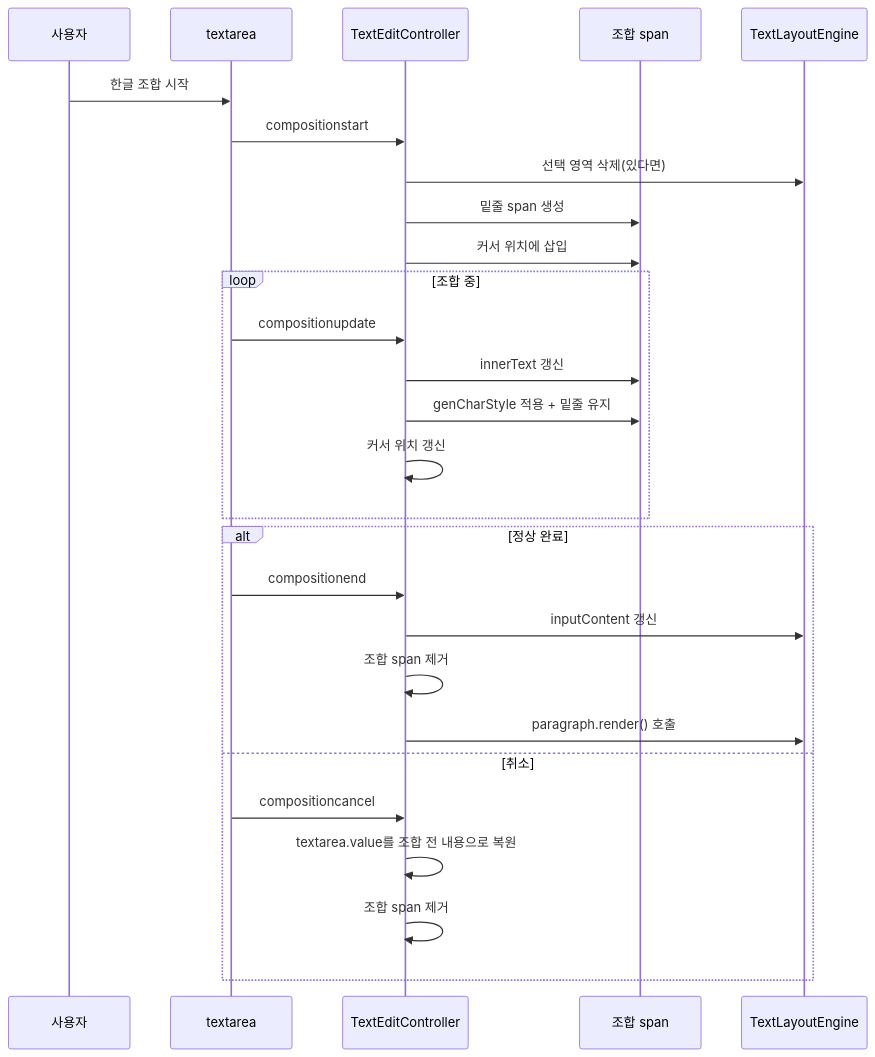
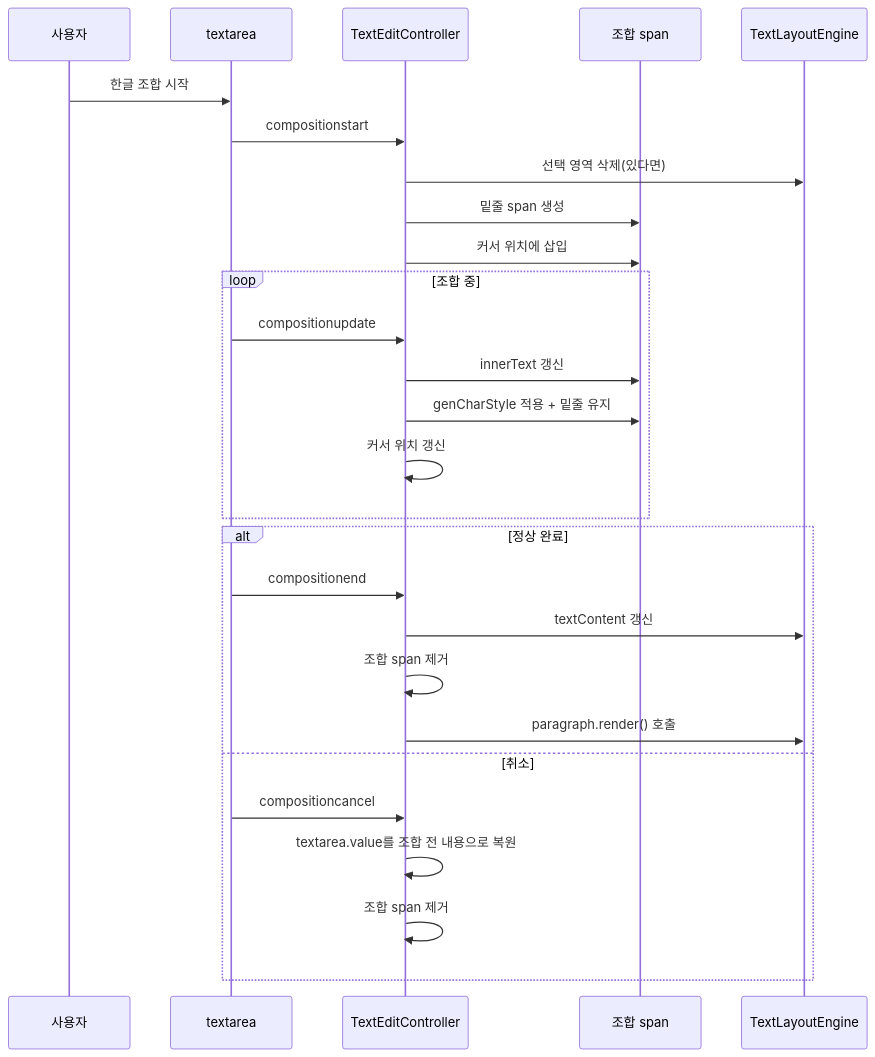
Before and after one commit to kyiimn/layout-element: the seventh of 14 diagrams in docs/EDITING_TEXT.md, drawn with Mermaid. The commit also changed other lines of this file and 7 other files, not shown here.

Commit message:
refactor: rename inputContent → textContent, _content → _sourceContent for clarity

````diff
--- a/docs/EDITING_TEXT.md
+++ b/docs/EDITING_TEXT.md
@@ -1030,32 +1030,32 @@
 ```mermaid
 sequenceDiagram
     participant User as 사용자
     participant TA as textarea
     participant EC as TextEditController
     participant Span as 조합 span
     participant Model as TextLayoutEngine
 
     User->>TA: 한글 조합 시작
     TA->>EC: compositionstart
     EC->>Model: 선택 영역 삭제(있다면)
     EC->>Span: 밑줄 span 생성
     EC->>Span: 커서 위치에 삽입
 
     loop 조합 중
         TA->>EC: compositionupdate
         EC->>Span: innerText 갱신
         EC->>Span: genCharStyle 적용 + 밑줄 유지
         EC->>EC: 커서 위치 갱신
     end
 
     alt 정상 완료
         TA->>EC: compositionend
-        EC->>Model: inputContent 갱신
+        EC->>Model: textContent 갱신
         EC->>EC: 조합 span 제거
         EC->>Model: paragraph.render() 호출
     else 취소
         TA->>EC: compositioncancel
         EC->>EC: textarea.value를 조합 전 내용으로 복원
         EC->>EC: 조합 span 제거
     end
 ```
````
